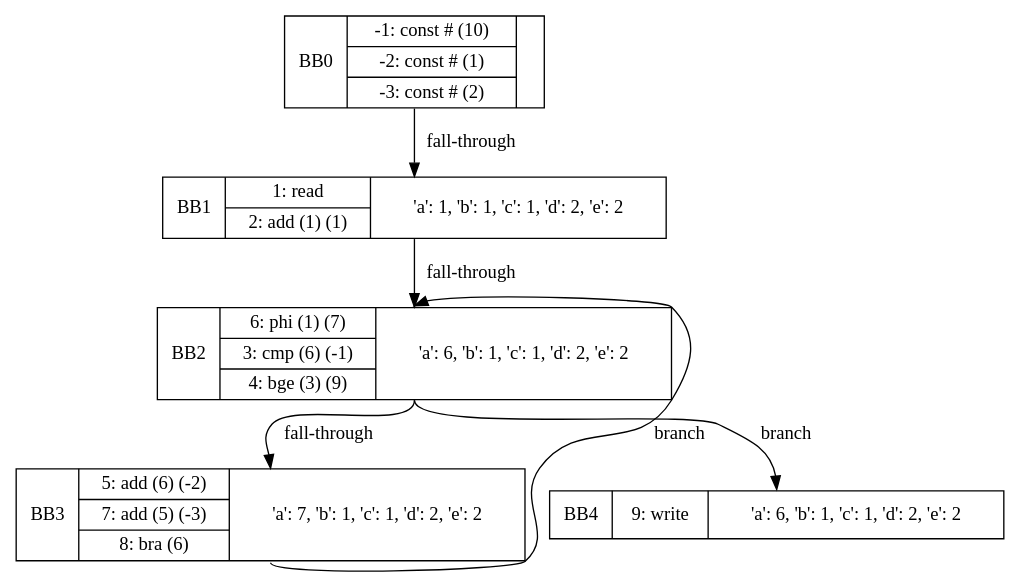
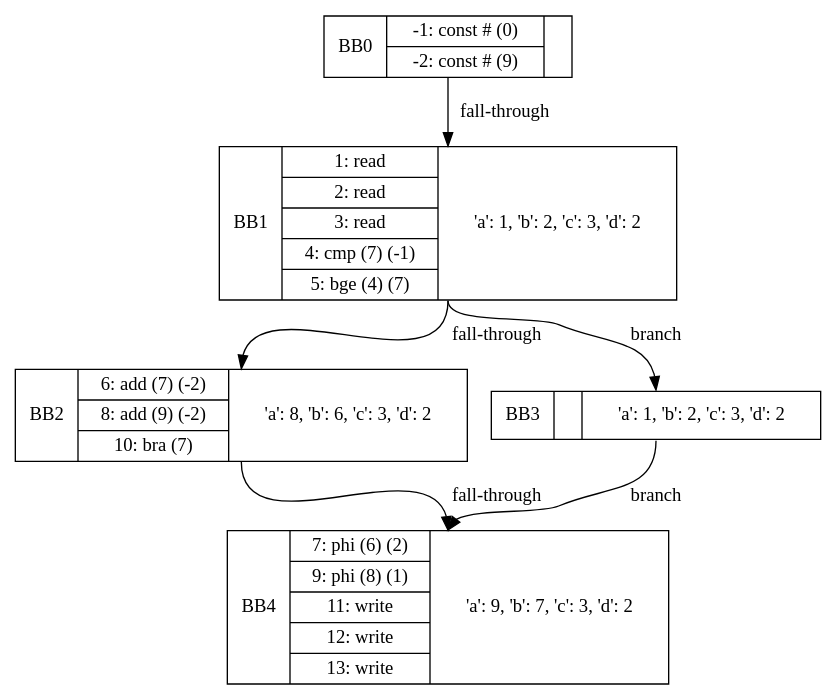
Before and after one commit to mahbub-hr/compiler_cs241: the diagram in Project3/src/main/graph.dot, drawn with Graphviz. The commit also changed 6 other files, not shown here.

```diff
--- a/Project3/src/main/graph.dot
+++ b/Project3/src/main/graph.dot
@@ -1,12 +1,12 @@
 digraph G{
-bb0[shape=record, label="<b>BB0|{-1: const # (10) |-2: const # (1) |-3: const # (2) }|{}"];
-bb1[shape=record, label="<b>BB1|{1: read  |2: add (1) (1)}|{'a': 1, 'b': 1, 'c': 1, 'd': 2, 'e': 2}"];
-bb2[shape=record, label="<b>BB2|{6: phi (1) (7)|3: cmp (6) (-1)|4: bge (3) (9)}|{'a': 6, 'b': 1, 'c': 1, 'd': 2, 'e': 2}"];
-bb3[shape=record, label="<b>BB3|{5: add (6) (-2)|7: add (5) (-3)|8: bra (6) }|{'a': 7, 'b': 1, 'c': 1, 'd': 2, 'e': 2}"];
-bb4[shape=record, label="<b>BB4|{9: write  }|{'a': 6, 'b': 1, 'c': 1, 'd': 2, 'e': 2}"];
+bb0[shape=record, label="<b>BB0|{-1: const # (0) |-2: const # (9) }|{}"];
+bb1[shape=record, label="<b>BB1|{1: read  |2: read  |3: read  |4: cmp (7) (-1)|5: bge (4) (7)}|{'a': 1, 'b': 2, 'c': 3, 'd': 2}"];
+bb2[shape=record, label="<b>BB2|{6: add (7) (-2)|8: add (9) (-2)|10: bra (7) }|{'a': 8, 'b': 6, 'c': 3, 'd': 2}"];
+bb3[shape=record, label="<b>BB3|{}|{'a': 1, 'b': 2, 'c': 3, 'd': 2}"];
+bb4[shape=record, label="<b>BB4|{7: phi (6) (2)|9: phi (8) (1)|11: write  |12: write  |13: write  }|{'a': 9, 'b': 7, 'c': 3, 'd': 2}"];
 bb0:s->bb1:n[label="fall-through"];
 bb1:s->bb2:n[label="fall-through"];
-bb2:s->bb3:n[label="fall-through"];
-bb2:s->bb4:n[label="branch"];
-bb3:s->bb2:n[label="branch"];
+bb1:s->bb3:n[label="branch"];
+bb2:s->bb4:n[label="fall-through"];
+bb3:s->bb4:n[label="branch"];
 }
```
